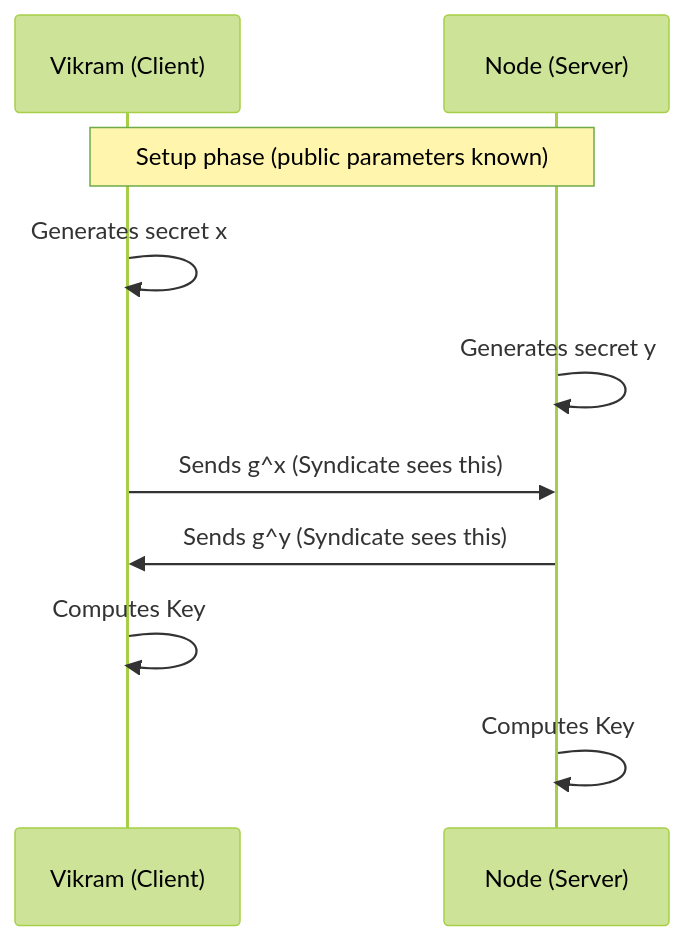
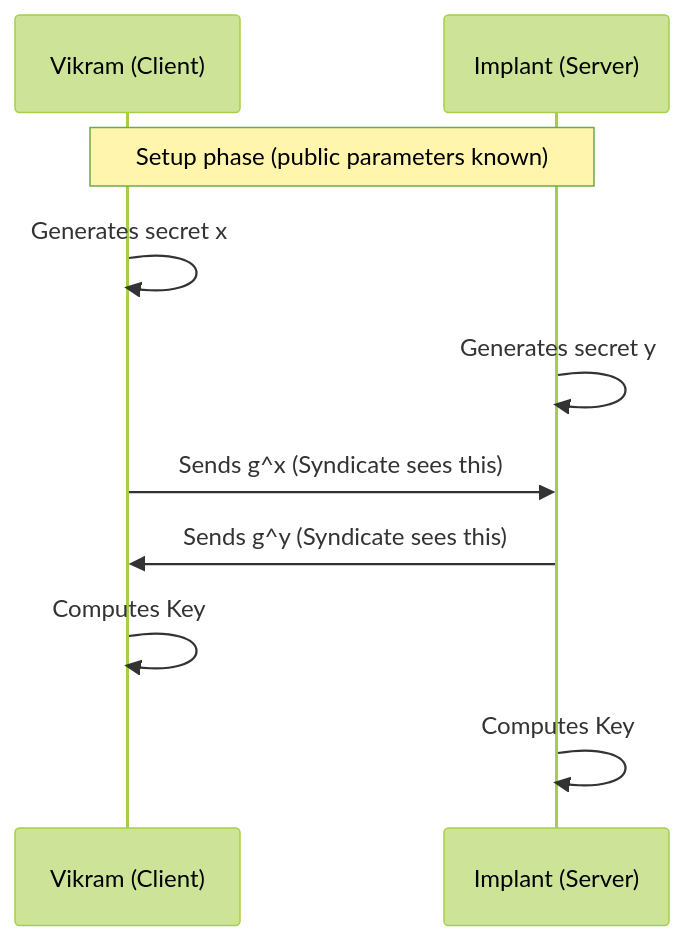
The first of 2 diagrams in story.md (tsamridh86/security-documentation), drawn with Mermaid (forest theme) before and after one commit. The commit also changed other lines of this file, not shown here.

````diff
--- a/story.md
+++ b/story.md
@@ -96,16 +96,16 @@
 ```mermaid
 sequenceDiagram
     participant V as Vikram (Client)
-    participant A as Node (Server)
+    participant A as Implant (Server)
     
     Note over V,A: Setup phase (public parameters known)
     
     V->>V: Generates secret x
     A->>A: Generates secret y
     
     V->>A: Sends g^x (Syndicate sees this)
     A->>V: Sends g^y (Syndicate sees this)
     
     V->>V: Computes Key
     A->>A: Computes Key
 ```
````
